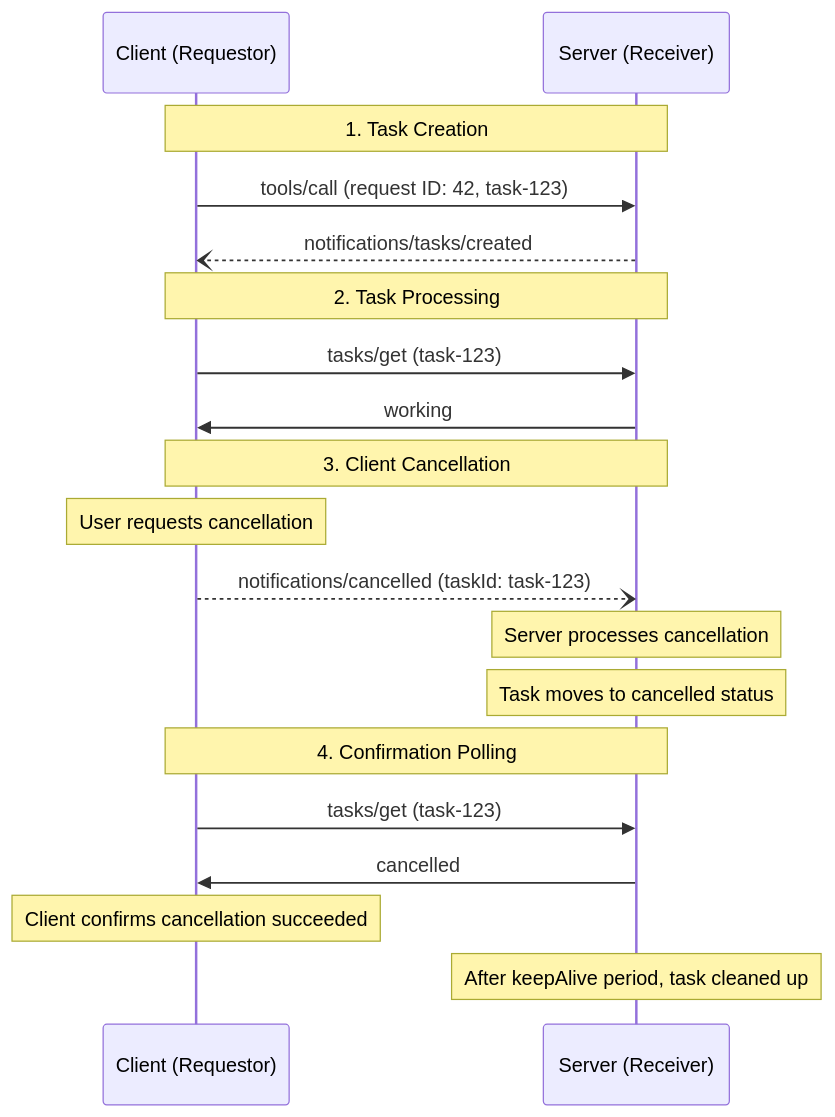
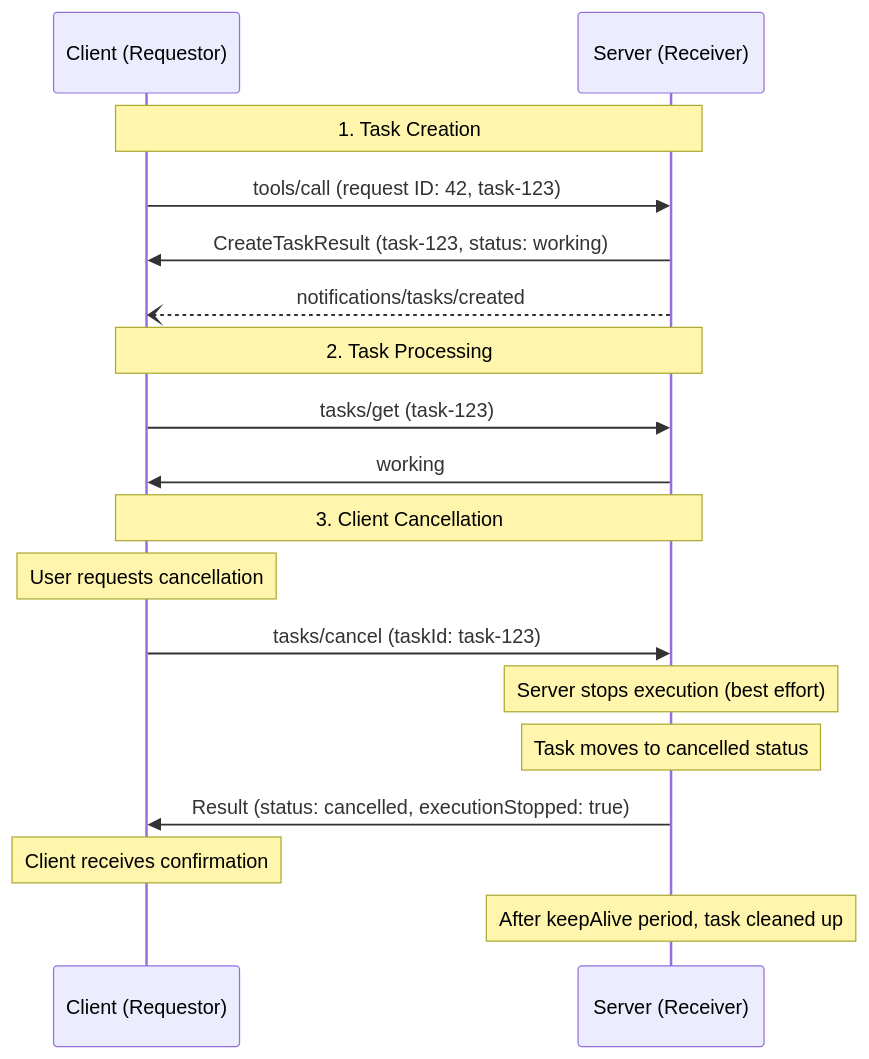
Before and after one commit to scottslewis/modelcontextprotocol: the fifth of 6 diagrams in docs/specification/draft/basic/utilities/tasks.mdx, drawn with Mermaid. The commit also changed other lines of this file and 4 other files, not shown here.

Commit message:
Remove cancellation changes and convert deletion into cancel RPC method

````diff
--- a/docs/specification/draft/basic/utilities/tasks.mdx
+++ b/docs/specification/draft/basic/utilities/tasks.mdx
@@ -587,28 +612,27 @@
 ```mermaid
 sequenceDiagram
     participant C as Client (Requestor)
     participant S as Server (Receiver)
 
     Note over C,S: 1. Task Creation
     C->>S: tools/call (request ID: 42, task-123)
+    S->>C: CreateTaskResult (task-123, status: working)
     S--)C: notifications/tasks/created
 
     Note over C,S: 2. Task Processing
     C->>S: tasks/get (task-123)
     S->>C: working
 
     Note over C,S: 3. Client Cancellation
     Note over C: User requests cancellation
-    C--)S: notifications/cancelled (taskId: task-123)
+    C->>S: tasks/cancel (taskId: task-123)
 
-    Note over S: Server processes cancellation
+    Note over S: Server stops execution (best effort)
     Note over S: Task moves to cancelled status
 
-    Note over C,S: 4. Confirmation Polling
-    C->>S: tasks/get (task-123)
-    S->>C: cancelled
+    S->>C: Result (status: cancelled, executionStopped: true)
 
-    Note over C: Client confirms cancellation succeeded
+    Note over C: Client receives confirmation
 
     Note over S: After keepAlive period, task cleaned up
 ```
````
